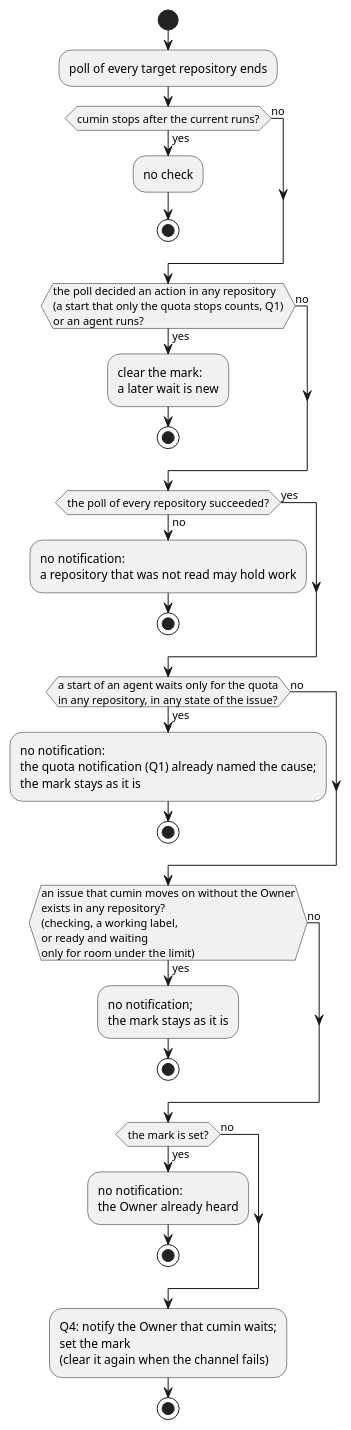
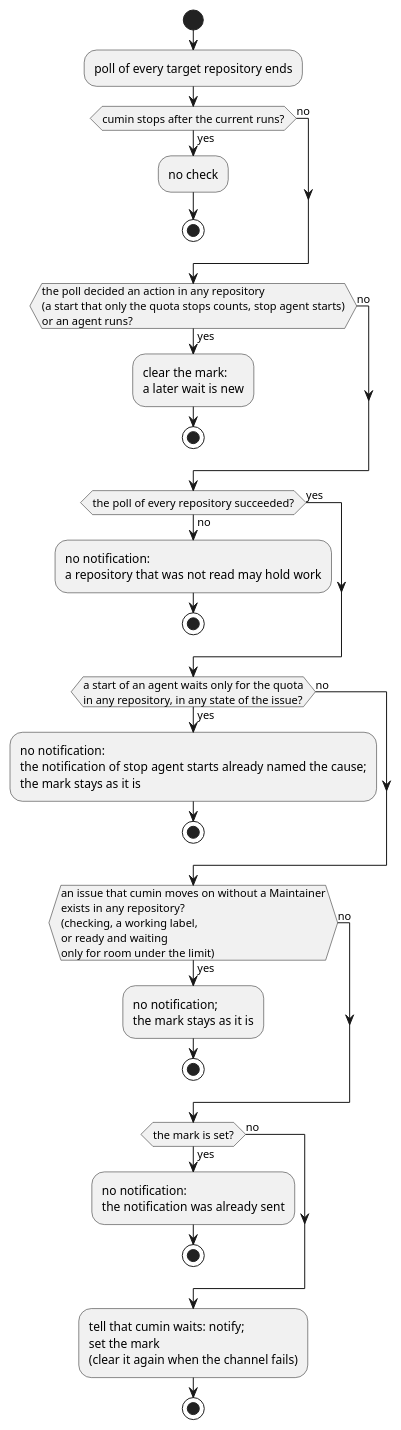
One commit to cloveclovedev/cumin-works changed the diagram in docs/ja/designs/quota-waiting.puml. Above: the diagram before and after it, drawn with PlantUML. The commit also changed 22 other files, not shown here.

```diff
--- a/docs/ja/designs/quota-waiting.puml
+++ b/docs/ja/designs/quota-waiting.puml
@@ -1,42 +1,42 @@
 @startuml quota-waiting
-' cumin works - the waiting check after a poll (Q4).
+' cumin works - the waiting check after a poll (tell that cumin waits).
 ' Document: quota.md, section on how cumin avoids a repeated notification.
 ' Render: run scripts/render-diagrams.sh at the root of the repository.
 skinparam shadowing false
 skinparam defaultFontName sans-serif
 
 start
 :poll of every target repository ends;
 if (cumin stops after the current runs?) then (yes)
   :no check;
   stop
 else (no)
 endif
-if (the poll decided an action in any repository\n(a start that only the quota stops counts, Q1)\nor an agent runs?) then (yes)
+if (the poll decided an action in any repository\n(a start that only the quota stops counts, stop agent starts)\nor an agent runs?) then (yes)
   :clear the mark:\na later wait is new;
   stop
 else (no)
 endif
 if (the poll of every repository succeeded?) then (no)
   :no notification:\na repository that was not read may hold work;
   stop
 else (yes)
 endif
 if (a start of an agent waits only for the quota\nin any repository, in any state of the issue?) then (yes)
-  :no notification:\nthe quota notification (Q1) already named the cause;\nthe mark stays as it is;
+  :no notification:\nthe notification of stop agent starts already named the cause;\nthe mark stays as it is;
   stop
 else (no)
 endif
-if (an issue that cumin moves on without the Owner\nexists in any repository?\n(checking, a working label,\nor ready and waiting\nonly for room under the limit)) then (yes)
+if (an issue that cumin moves on without a Maintainer\nexists in any repository?\n(checking, a working label,\nor ready and waiting\nonly for room under the limit)) then (yes)
   :no notification;\nthe mark stays as it is;
   stop
 else (no)
 endif
 if (the mark is set?) then (yes)
-  :no notification:\nthe Owner already heard;
+  :no notification:\nthe notification was already sent;
   stop
 else (no)
 endif
-:Q4: notify the Owner that cumin waits;\nset the mark\n(clear it again when the channel fails);
+:tell that cumin waits: notify;\nset the mark\n(clear it again when the channel fails);
 stop
 @enduml
```
